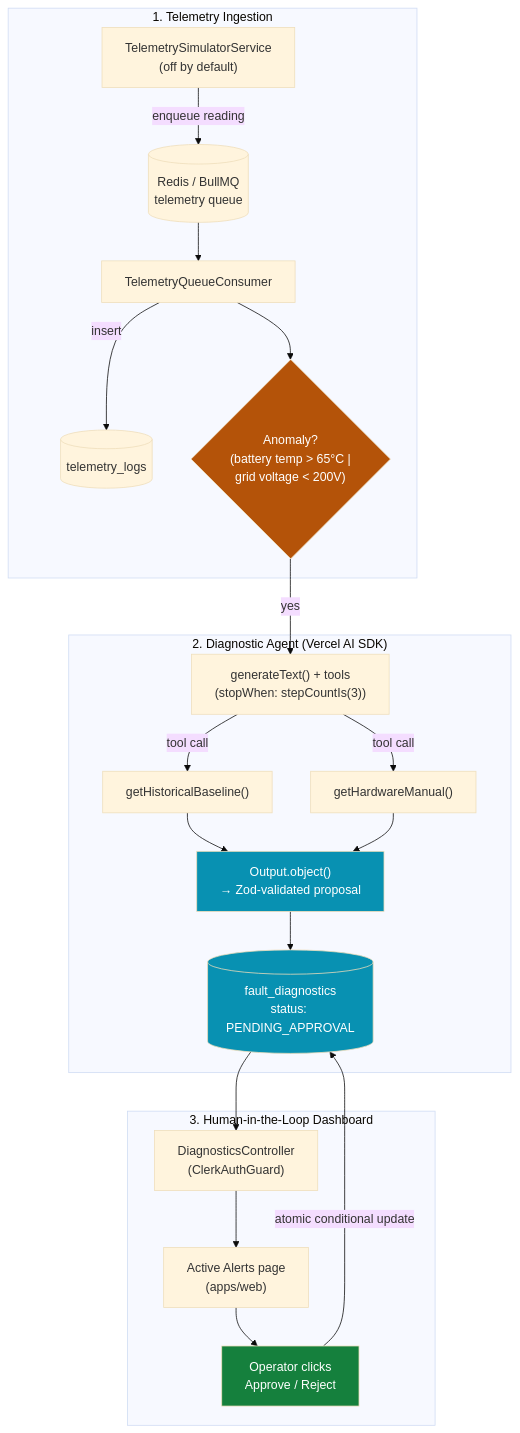
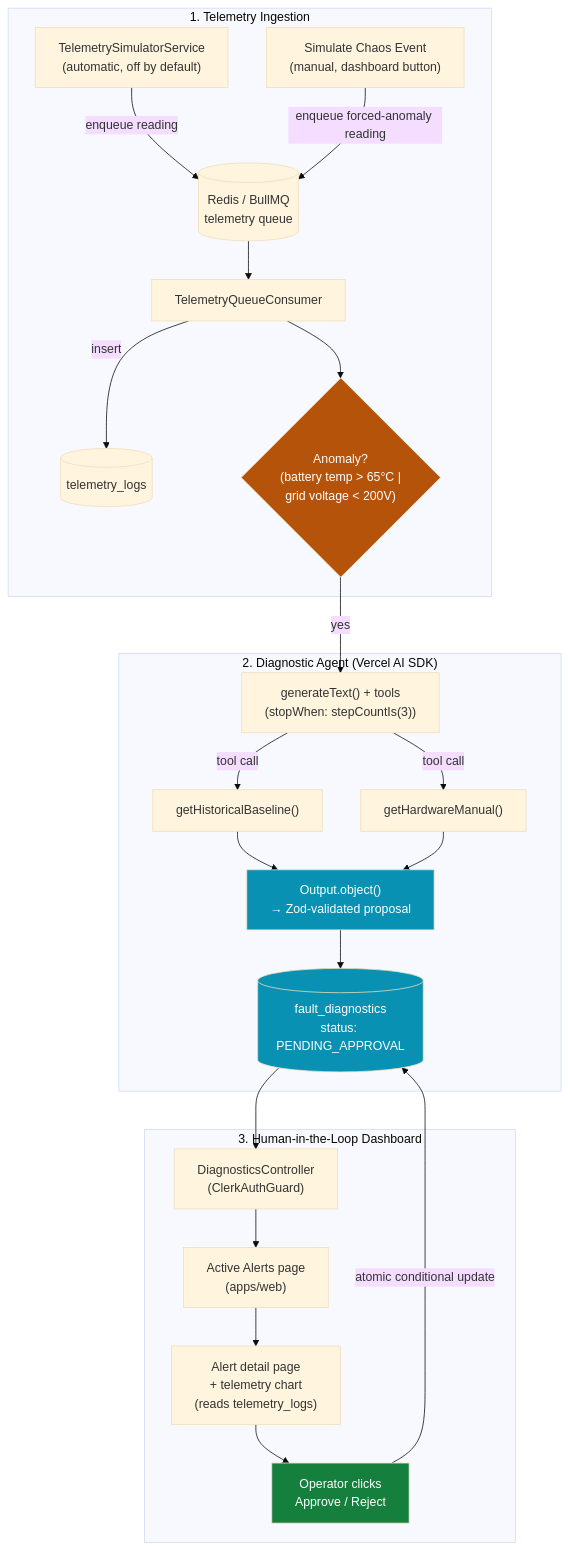
The second of 2 diagrams in README.md (m-ahmedbashir/gridstream-agent), drawn with Mermaid (base theme) before and after one commit. The commit also changed other lines of this file and 3 other files, not shown here.

````diff
--- a/README.md
+++ b/README.md
@@ -100,29 +102,31 @@
 ```mermaid
 flowchart TD
     subgraph Ingestion ["1. Telemetry Ingestion"]
-        SIM["TelemetrySimulatorService<br/>(off by default)"] -->|enqueue reading| Q[("Redis / BullMQ<br/>telemetry queue")]
+        SIM["TelemetrySimulatorService<br/>(automatic, off by default)"] -->|enqueue reading| Q[("Redis / BullMQ<br/>telemetry queue")]
+        CHAOS["Simulate Chaos Event<br/>(manual, dashboard button)"] -->|enqueue forced-anomaly reading| Q
         Q --> CONSUMER["TelemetryQueueConsumer"]
         CONSUMER -->|insert| TL[("telemetry_logs")]
         CONSUMER --> THRESH{"Anomaly?<br/>(battery temp > 65°C |<br/>grid voltage < 200V)"}
     end
 
     subgraph AgenticAI ["2. Diagnostic Agent (Vercel AI SDK)"]
         THRESH -->|yes| AGENT["generateText() + tools<br/>(stopWhen: stepCountIs(3))"]
         AGENT -->|tool call| BASELINE["getHistoricalBaseline()"]
         AGENT -->|tool call| MANUAL["getHardwareManual()"]
         BASELINE & MANUAL --> OUTPUT["Output.object()<br/>→ Zod-validated proposal"]
         OUTPUT --> FD[("fault_diagnostics<br/>status: PENDING_APPROVAL")]
     end
 
     subgraph HITL ["3. Human-in-the-Loop Dashboard"]
         FD --> API["DiagnosticsController<br/>(ClerkAuthGuard)"]
         API --> ALERTS["Active Alerts page<br/>(apps/web)"]
-        ALERTS --> DECISION["Operator clicks<br/>Approve / Reject"]
+        ALERTS --> DETAIL["Alert detail page<br/>+ telemetry chart<br/>(reads telemetry_logs)"]
+        DETAIL --> DECISION["Operator clicks<br/>Approve / Reject"]
         DECISION -->|atomic conditional update| FD
     end
 
     style THRESH fill:#b45309,color:#fff
     style OUTPUT fill:#0891b2,color:#fff
     style FD fill:#0891b2,color:#fff
     style DECISION fill:#15803d,color:#fff
 ```
````
